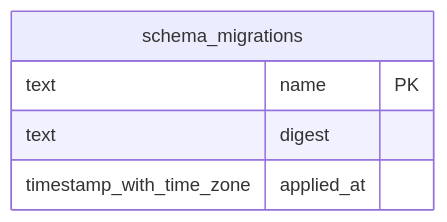
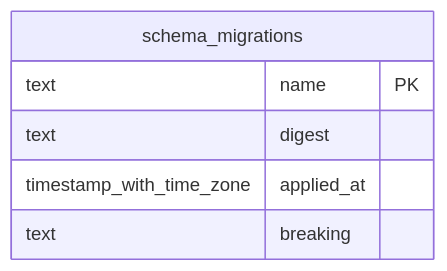
The sixth of 7 diagrams in docs/schema.md (Londer-Org/Cardinal), drawn with Mermaid before and after one commit. The commit also changed other lines of this file and 17 other files, not shown here.

````diff
--- a/docs/schema.md
+++ b/docs/schema.md
@@ -645,8 +645,9 @@
 ```mermaid
 erDiagram
     schema_migrations {
         text name PK
         text digest
         timestamp_with_time_zone applied_at
+        text breaking
     }
 ```
````
